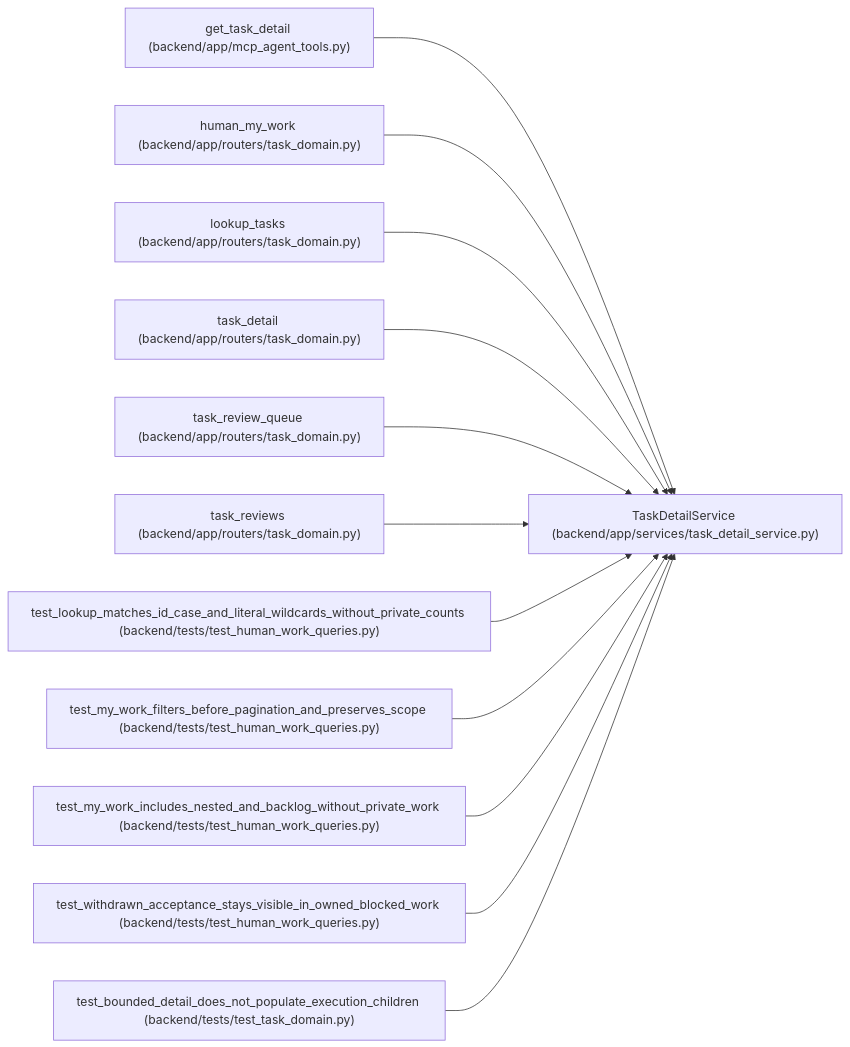
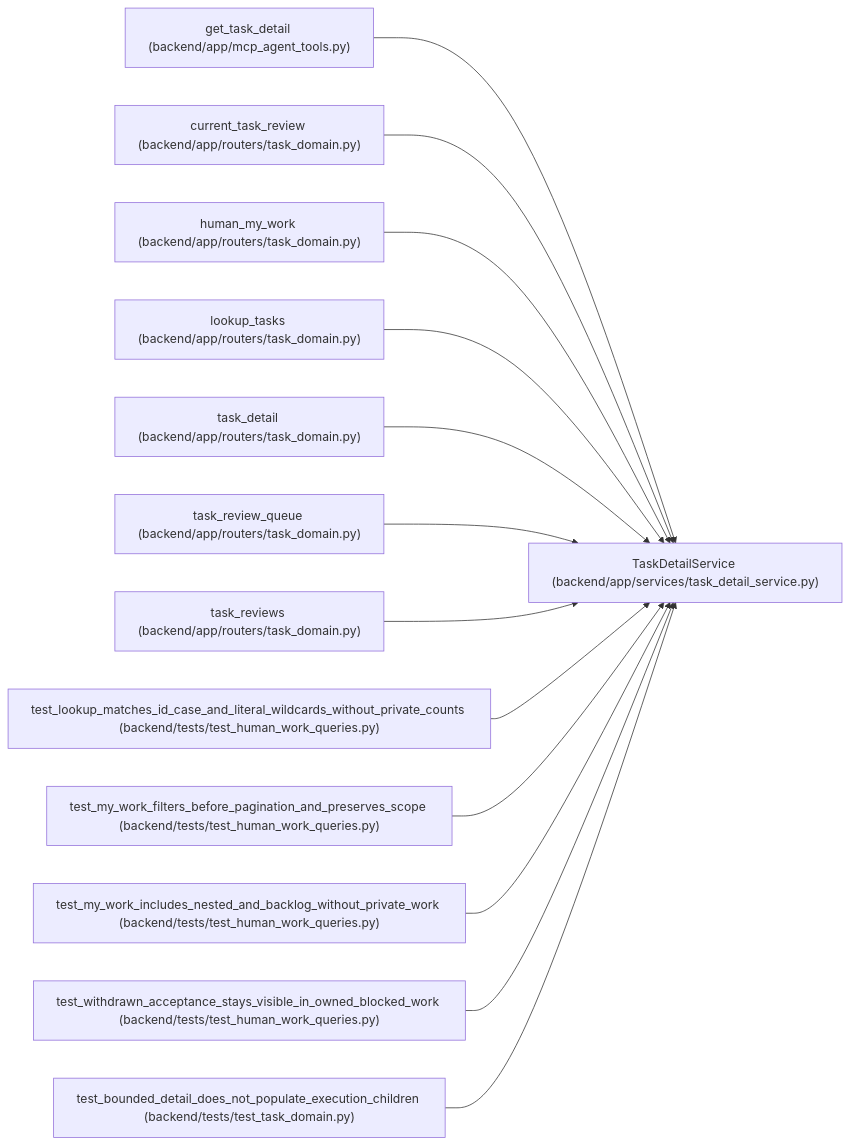
One commit to Denissvgn/WorkChord changed the diagram in docs/llm_wiki/entities/TaskDetailService.md. Above: the diagram before and after it, drawn with Mermaid. The commit also changed other lines of this file and 458 other files, not shown here.

Commit message:
docs(wiki): describe evidence actions and current review projection

````diff
--- a/docs/llm_wiki/entities/TaskDetailService.md
+++ b/docs/llm_wiki/entities/TaskDetailService.md
@@ -30,38 +30,41 @@
 ```mermaid
 flowchart LR
     n0["TaskDetailService (backend/app/services/task_detail_service.py)"]
     n1["get_task_detail (backend/app/mcp_agent_tools.py)"]
-    n2["human_my_work (backend/app/routers/task_domain.py)"]
-    n3["lookup_tasks (backend/app/routers/task_domain.py)"]
-    n4["task_detail (backend/app/routers/task_domain.py)"]
-    n5["task_review_queue (backend/app/routers/task_domain.py)"]
-    n6["task_reviews (backend/app/routers/task_domain.py)"]
-    n7["test_lookup_matches_id_case_and_literal_wildcards_without_private_counts (backend/tests/test_human_work_queries.py)"]
-    n8["test_my_work_filters_before_pagination_and_preserves_scope (backend/tests/test_human_work_queries.py)"]
-    n9["test_my_work_includes_nested_and_backlog_without_private_work (backend/tests/test_human_work_queries.py)"]
-    n10["test_withdrawn_acceptance_stays_visible_in_owned_blocked_work (backend/tests/test_human_work_queries.py)"]
-    n11["test_bounded_detail_does_not_populate_execution_children (backend/tests/test_task_domain.py)"]
+    n2["current_task_review (backend/app/routers/task_domain.py)"]
+    n3["human_my_work (backend/app/routers/task_domain.py)"]
+    n4["lookup_tasks (backend/app/routers/task_domain.py)"]
+    n5["task_detail (backend/app/routers/task_domain.py)"]
+    n6["task_review_queue (backend/app/routers/task_domain.py)"]
+    n7["task_reviews (backend/app/routers/task_domain.py)"]
+    n8["test_lookup_matches_id_case_and_literal_wildcards_without_private_counts (backend/tests/test_human_work_queries.py)"]
+    n9["test_my_work_filters_before_pagination_and_preserves_scope (backend/tests/test_human_work_queries.py)"]
+    n10["test_my_work_includes_nested_and_backlog_without_private_work (backend/tests/test_human_work_queries.py)"]
+    n11["test_withdrawn_acceptance_stays_visible_in_owned_blocked_work (backend/tests/test_human_work_queries.py)"]
+    n12["test_bounded_detail_does_not_populate_execution_children (backend/tests/test_task_domain.py)"]
     n1 --> n0
     n2 --> n0
     n3 --> n0
     n4 --> n0
     n5 --> n0
     n6 --> n0
     n7 --> n0
     n8 --> n0
     n9 --> n0
     n10 --> n0
     n11 --> n0
+    n12 --> n0
     click n0 "../modules/task_detail_service.md"
     click n1 "../modules/mcp_agent_tools.md"
     click n2 "../modules/routers_task_domain.md"
     click n3 "../modules/routers_task_domain.md"
     click n4 "../modules/routers_task_domain.md"
     click n5 "../modules/routers_task_domain.md"
     click n6 "../modules/routers_task_domain.md"
-    click n7 "../modules/test_human_work_queries.md"
+    click n7 "../modules/routers_task_domain.md"
     click n8 "../modules/test_human_work_queries.md"
     click n9 "../modules/test_human_work_queries.md"
     click n10 "../modules/test_human_work_queries.md"
-    click n11 "../modules/test_task_domain.md"
+    click n11 "../modules/test_human_work_queries.md"
+    click n12 "../modules/test_task_domain.md"
 ```
````
